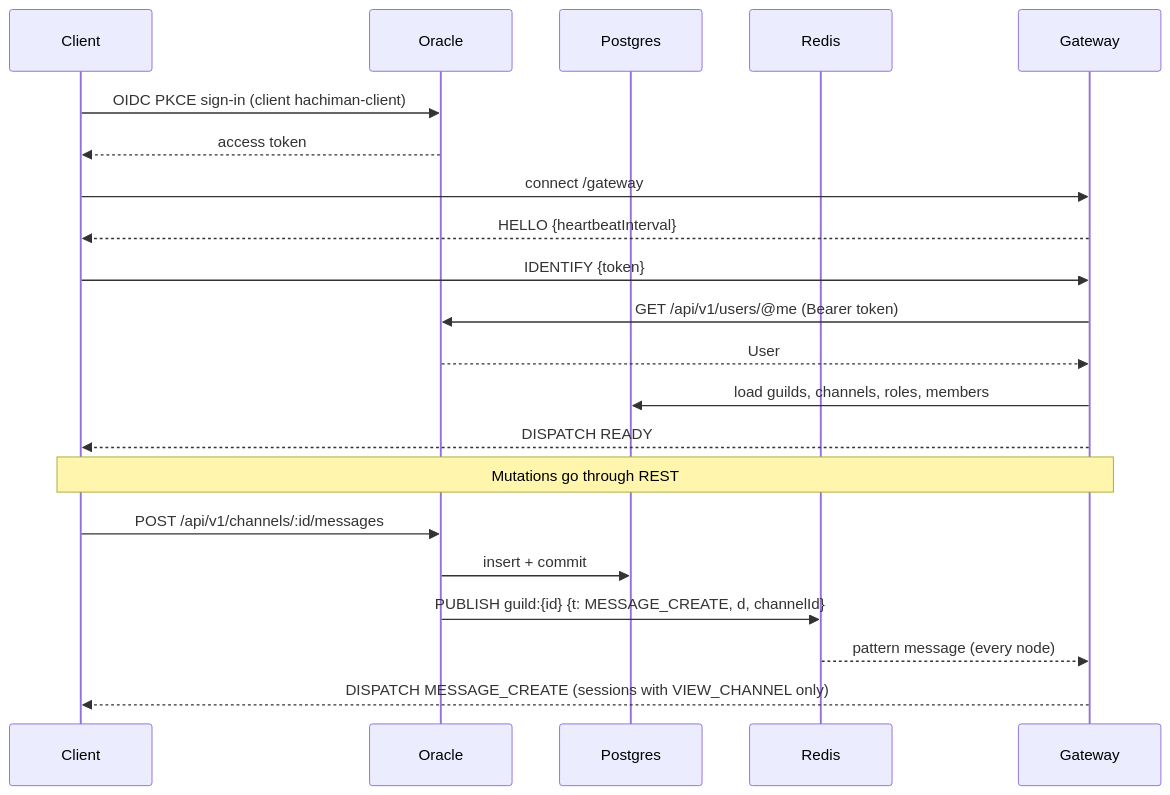
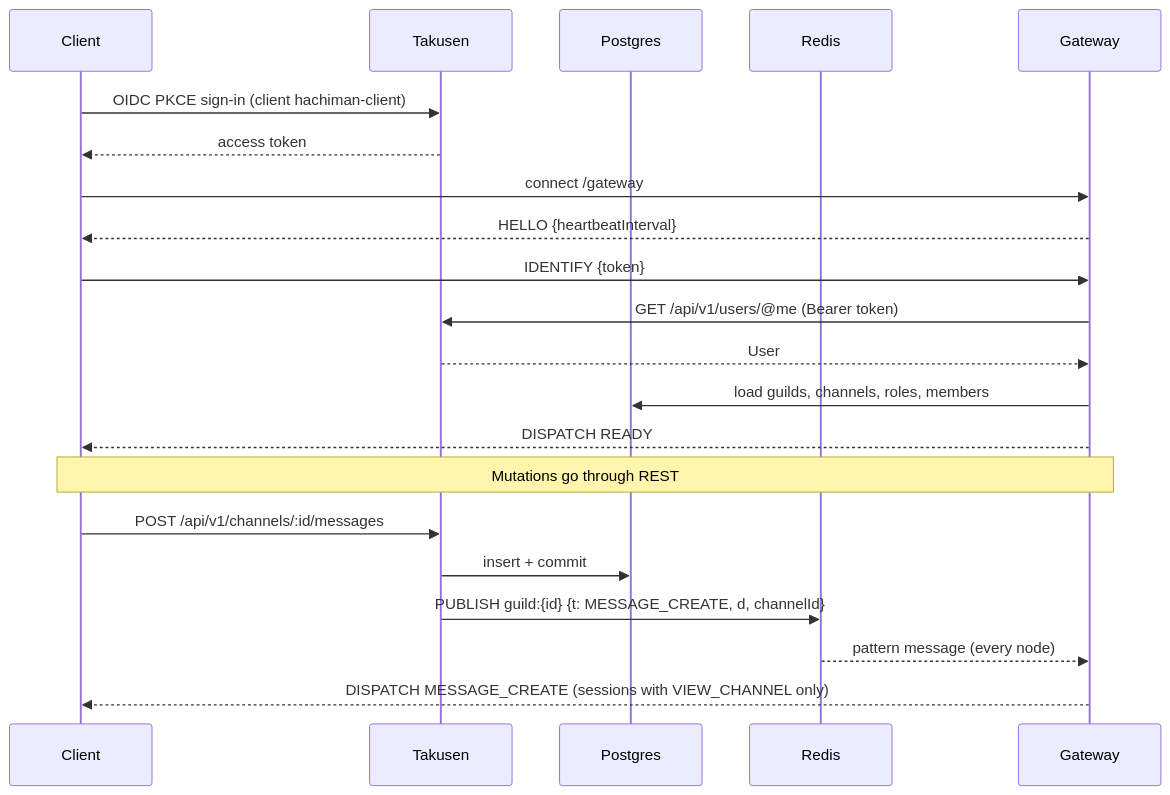
The second of 4 diagrams in README.md (dan-hummelstad/hachiman), drawn with Mermaid before and after one commit. The commit also changed other lines of this file and 337 other files, not shown here.

````diff
--- a/README.md
+++ b/README.md
@@ -59,25 +59,25 @@
 ```mermaid
 sequenceDiagram
   participant C as Client
-  participant O as Oracle
+  participant O as Takusen
   participant PG as Postgres
   participant R as Redis
   participant G as Gateway
 
   C->>O: OIDC PKCE sign-in (client hachiman-client)
   O-->>C: access token
   C->>G: connect /gateway
   G-->>C: HELLO {heartbeatInterval}
   C->>G: IDENTIFY {token}
   G->>O: GET /api/v1/users/@me (Bearer token)
   O-->>G: User
   G->>PG: load guilds, channels, roles, members
   G-->>C: DISPATCH READY
 
   Note over C,G: Mutations go through REST
   C->>O: POST /api/v1/channels/:id/messages
   O->>PG: insert + commit
   O->>R: PUBLISH guild:{id} {t: MESSAGE_CREATE, d, channelId}
   R-->>G: pattern message (every node)
   G-->>C: DISPATCH MESSAGE_CREATE (sessions with VIEW_CHANNEL only)
 ```
````
